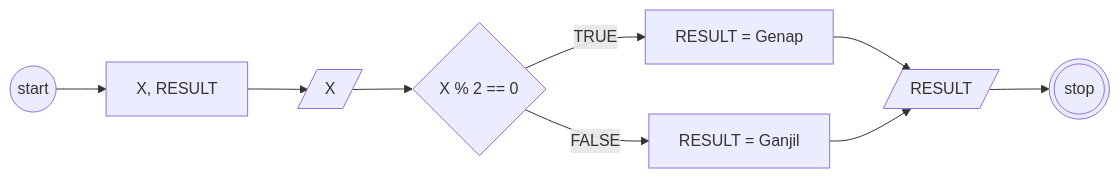
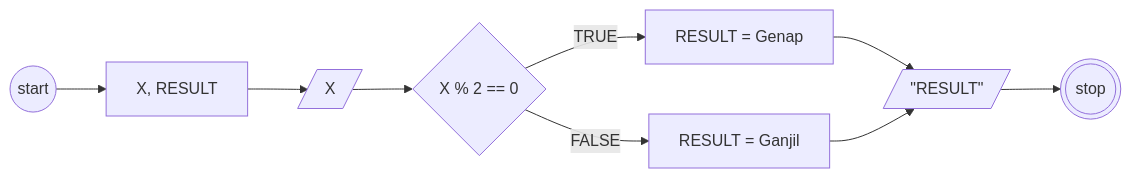
Before and after one commit to yusufbahtiarr/fgo24-algoritma: the second of 2 diagrams in algoritma-mititask-bilanganganjil-genap.md, drawn with Mermaid.

````diff
--- a/algoritma-mititask-bilanganganjil-genap.md
+++ b/algoritma-mititask-bilanganganjil-genap.md
@@ -40,21 +40,21 @@
 ```mermaid
 flowchart LR
 
 a@{shape: circle, label: "start"}
 dk@{shape: rect, label: "X, RESULT"}
 b@{shape: lean-r, label: "X"}
 c@{shape: diamond, label: "X % 2 == 0"}
 d@{shape: rect, label: "RESULT = Genap"}
 e@{shape: rect, label: "RESULT = Ganjil"}
-f@{shape: lean-r, label: RESULT}
+f@{shape: lean-r, label: '"RESULT"'}
 x@{shape: dbl-circ, label: "stop"}
 
 a --> dk
 dk --> b
 b --> c
 c --TRUE--> d
 c --FALSE--> e
 d --> f
 e --> f
 f --> x
 ```
````
